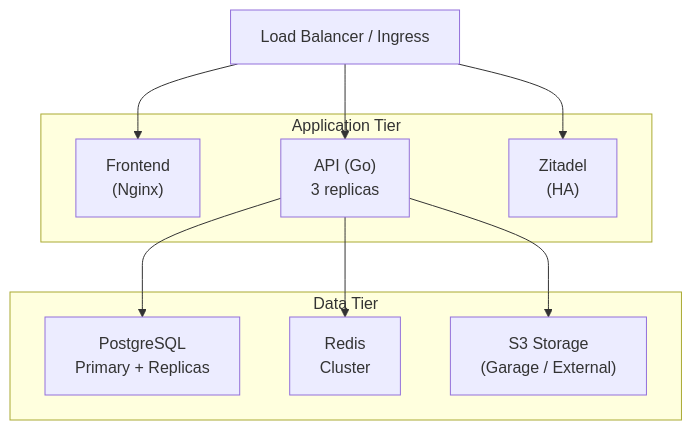
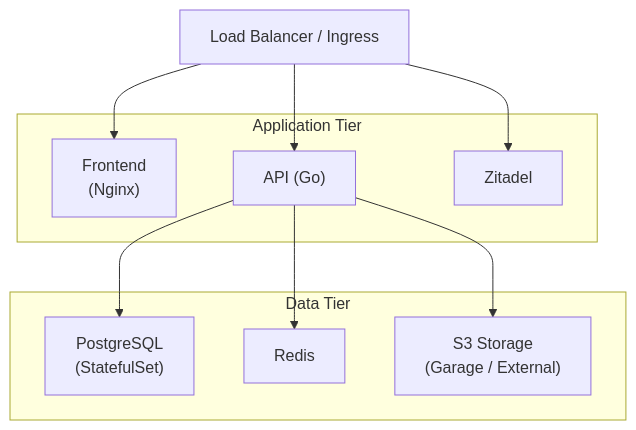
Before and after one commit to vhco-pro/stackweaver-frontend: the seventh of 7 diagrams in docs/architecture/README.md, drawn with Mermaid. The commit also changed other lines of this file and 44 other files, not shown here.

````diff
--- a/docs/architecture/README.md
+++ b/docs/architecture/README.md
@@ -477,23 +479,23 @@
 ```mermaid
 flowchart TB
     LB["Load Balancer / Ingress"]
 
     subgraph AppTier["Application Tier"]
         Frontend["Frontend<br/>(Nginx)"]
-        API["API (Go)<br/>3 replicas"]
-        Zitadel["Zitadel<br/>(HA)"]
+        API["API (Go)"]
+        Zitadel["Zitadel"]
     end
 
     subgraph DataTier["Data Tier"]
-        PostgreSQL["PostgreSQL<br/>Primary + Replicas"]
-        Redis["Redis<br/>Cluster"]
+        PostgreSQL["PostgreSQL<br/>(StatefulSet)"]
+        Redis["Redis"]
         Garage["S3 Storage<br/>(Garage / External)"]
     end
 
     LB --> Frontend
     LB --> API
     LB --> Zitadel
     API --> PostgreSQL
     API --> Redis
     API --> Garage
 ```
````
